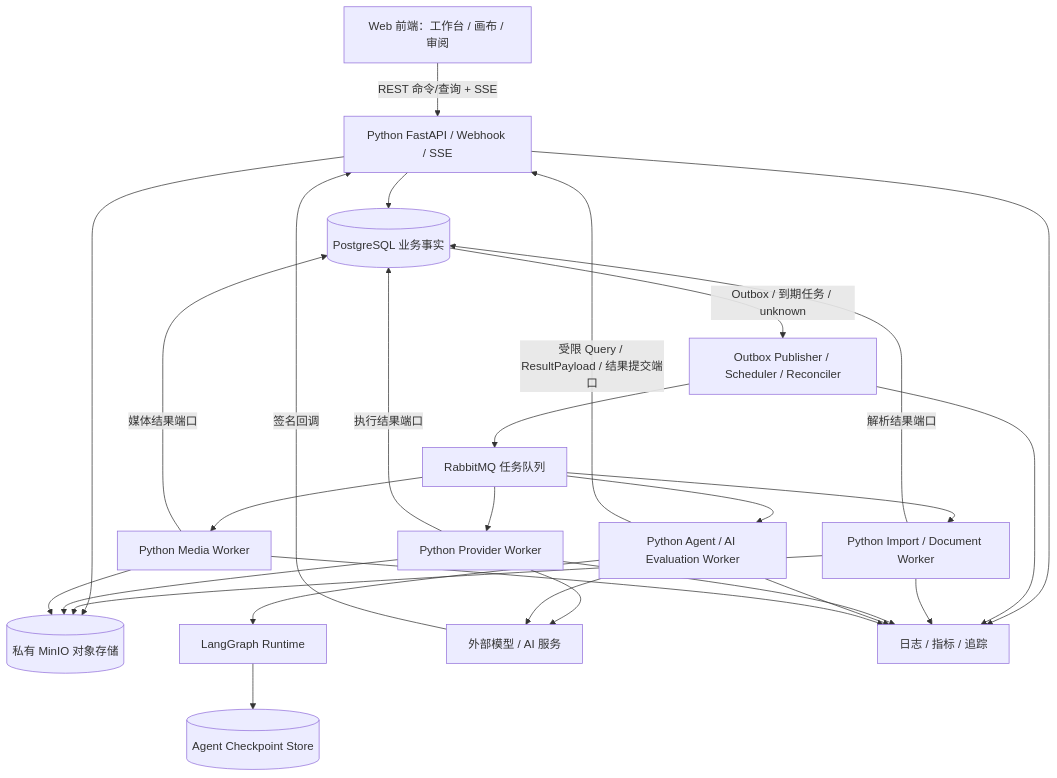
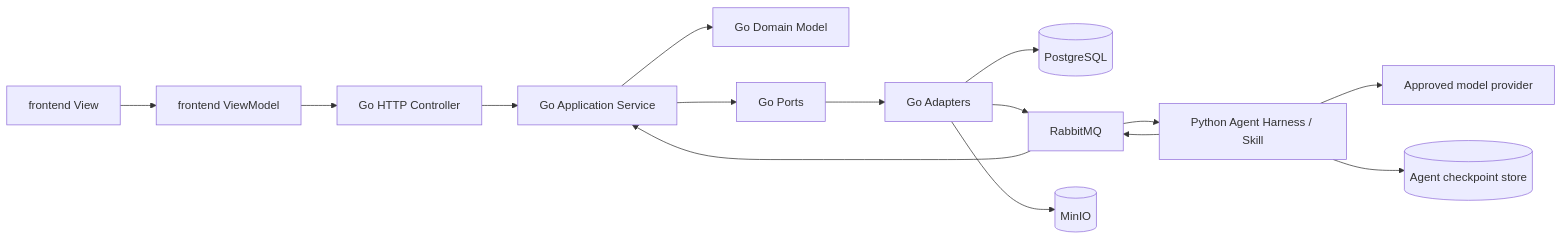
The first of 2 diagrams in docs/design/000-AI视频生产平台目标系统架构设计.md (StephenQiu30/lanverse), drawn with Mermaid before and after one commit. The commit also changed other lines of this file and 17 other files, not shown here.

First line of the commit message:
docs(architecture): 固定 Go 业务后端与 Python Agent 边界

````diff
--- a/docs/design/000-AI视频生产平台目标系统架构设计.md
+++ b/docs/design/000-AI视频生产平台目标系统架构设计.md
@@ -170,45 +49,18 @@
 ```mermaid
-flowchart TB
-    UI["Web 前端：工作台 / 画布 / 审阅"]
-    API["Python FastAPI / Webhook / SSE"]
-    PG[("PostgreSQL 业务事实")]
-    OBJ[("私有 MinIO 对象存储")]
-    MQ["RabbitMQ 任务队列"]
-    SCH["Outbox Publisher / Scheduler / Reconciler"]
-    IMP["Python Import / Document Worker"]
-    PVW["Python Provider Worker"]
-    PAW["Python Agent / AI Evaluation Worker"]
-    LG["LangGraph Runtime"]
-    LGS[("Agent Checkpoint Store")]
-    MW["Python Media Worker"]
-    EXT["外部模型 / AI 服务"]
-    OBS["日志 / 指标 / 追踪"]
+flowchart LR
+    V["frontend View"] --> VM["frontend ViewModel"]
+    VM --> C["Go HTTP Controller"]
+    C --> S["Go Application Service"]
+    S --> D["Go Domain Model"]
+    S --> P["Go Ports"]
+    P --> A["Go Adapters"]
+    A --> PG[(PostgreSQL)]
+    A --> MQ["RabbitMQ"]
+    A --> OBJ[(MinIO)]
 
-    UI -->|"REST 命令/查询 + SSE"| API
-    API --> PG
-    API --> OBJ
-    EXT -->|"签名回调"| API
-    PG -->|"Outbox / 到期任务 / unknown"| SCH
-    SCH --> MQ
-    MQ --> IMP
-    MQ --> PVW
-    MQ --> PAW
-    MQ --> MW
-    IMP -->|"解析结果端口"| PG
-    IMP --> OBJ
-    PVW -->|"执行结果端口"| PG
-    PVW --> EXT
-    PVW --> OBJ
-    PAW --> LG
-    LG --> LGS
-    PAW -->|"受限 Query / ResultPayload / 结果提交端口"| API
-    PAW --> EXT
-    MW -->|"媒体结果端口"| PG
-    MW --> OBJ
-    API --> OBS
-    SCH --> OBS
-    IMP --> OBS
-    PVW --> OBS
-    PAW --> OBS
-    MW --> OBS
+    MQ --> PY["Python Agent Harness / Skill"]
+    PY --> MQ
+    PY --> LLM["Approved model provider"]
+    PY --> CP[(Agent checkpoint store)]
+    MQ --> S
 ```
````
